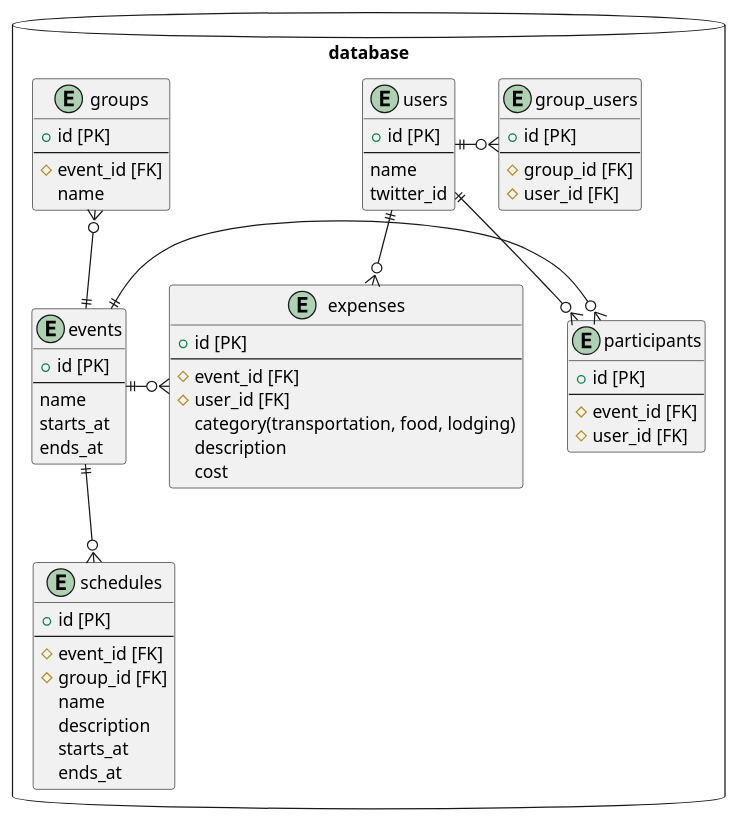
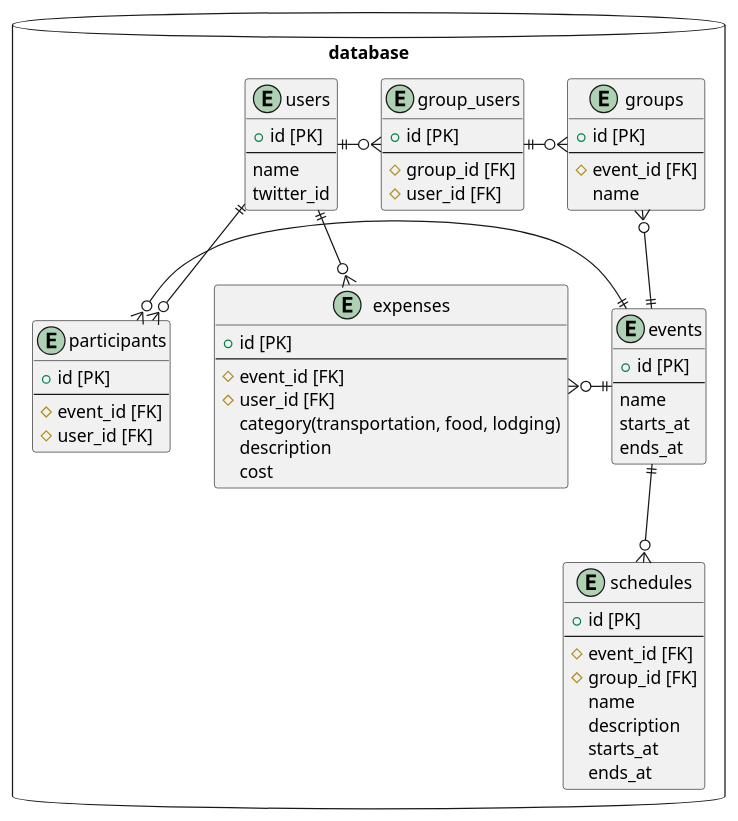
The diagram in docs/schema.md (tomocrafter/tispa-backend), drawn with PlantUML before and after one commit.

Commit message:
docs: `groups`と`group_users`の関連定義漏れ修正

````diff
--- a/docs/schema.md
+++ b/docs/schema.md
@@ -3,73 +3,75 @@
 ```plantuml
 @startuml
 
 package database <<Database>> {
   entity users {
     + id [PK]
     ---
     name
     twitter_id
   }
 
   entity events {
     + id [PK]
     ---
     name
     starts_at
     ends_at
   }
 
   entity participants {
     + id [PK]
     ---
     # event_id [FK]
     # user_id [FK]
   }
 
   entity groups {
     + id [PK]
     ---
     # event_id [FK]
     name
   }
 
   entity group_users {
     + id [PK]
     ---
     # group_id [FK]
     # user_id [FK]
   }
 
   entity schedules {
     + id [PK]
     ---
     # event_id [FK]
     # group_id [FK]
     name
     description
     starts_at
     ends_at
   }
 
   entity expenses {
     + id [PK]
     ---
     # event_id [FK]
     # user_id [FK]
     category(transportation, food, lodging)
     description
     cost
   }
 }
 
 users ||-d-o{ participants
 users ||-r-o{ group_users
 users ||-o{ expenses
 
 events ||-l-o{ participants
 events ||-u-o{ groups
 events ||-d-o{ schedules
 events ||-o{ expenses
 
+group_users ||-o{ groups
+
 @enduml
 ```
````
